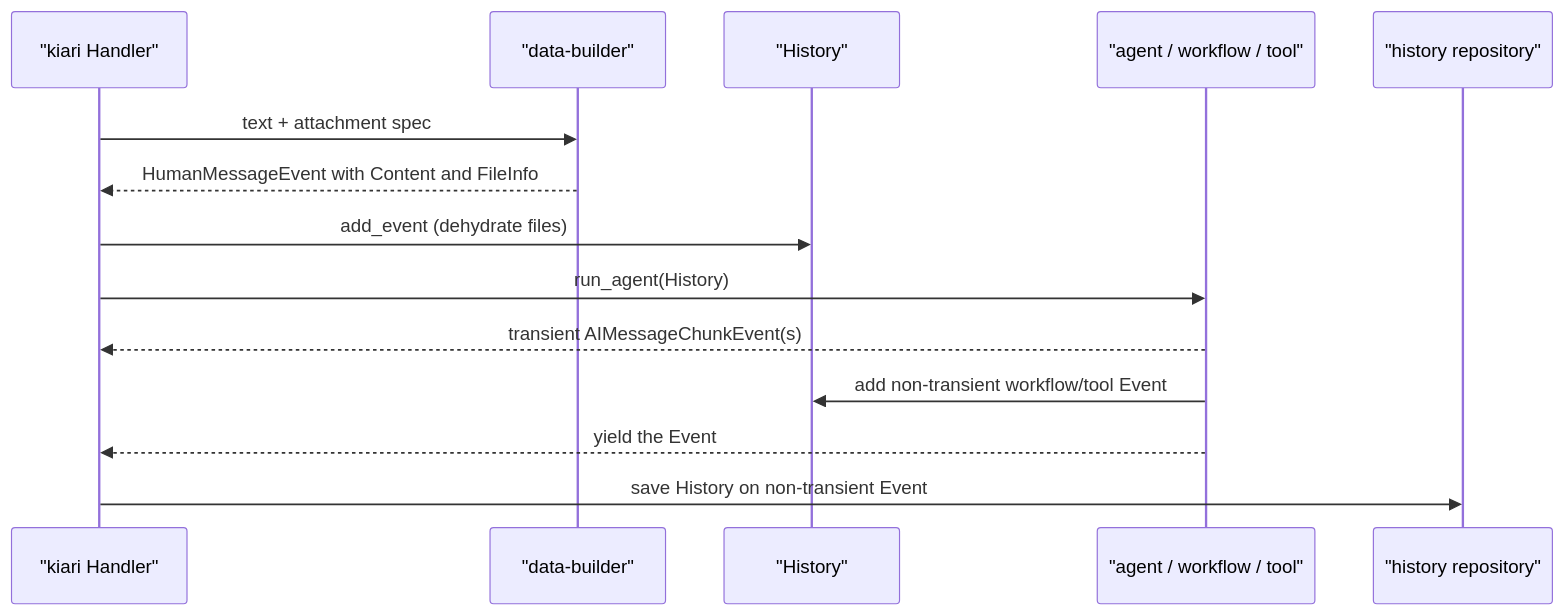
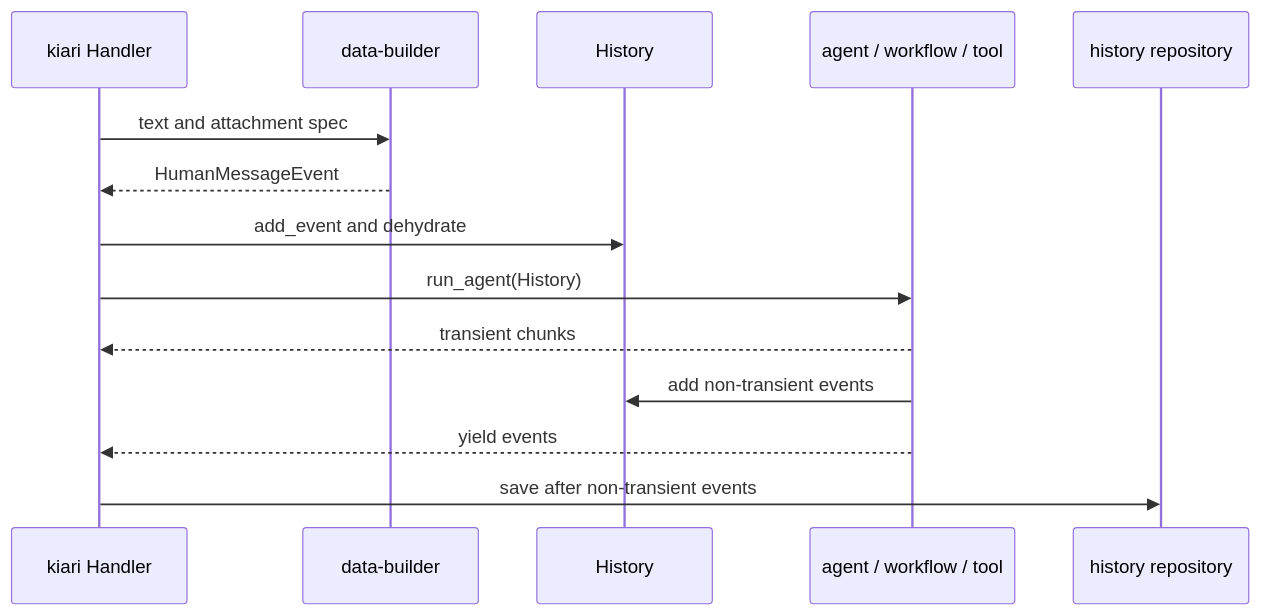
One commit to kiarina/kiari changed the third of 3 diagrams in docs/concepts/kiarina-python/data-model-and-history.md. Above: the diagram before and after it, drawn with Mermaid. The commit also changed other lines of this file and 19 other files, not shown here.

````diff
--- a/docs/concepts/kiarina-python/data-model-and-history.md
+++ b/docs/concepts/kiarina-python/data-model-and-history.md
@@ -193,17 +146,17 @@
 ```mermaid
 sequenceDiagram
-    participant K as "kiari Handler"
-    participant B as "data-builder"
-    participant H as "History"
-    participant A as "agent / workflow / tool"
-    participant R as "history repository"
+    participant K as kiari Handler
+    participant B as data-builder
+    participant H as History
+    participant A as agent / workflow / tool
+    participant R as history repository
 
-    K->>B: text + attachment spec
-    B-->>K: HumanMessageEvent with Content and FileInfo
-    K->>H: add_event (dehydrate files)
+    K->>B: text and attachment spec
+    B-->>K: HumanMessageEvent
+    K->>H: add_event and dehydrate
     K->>A: run_agent(History)
-    A-->>K: transient AIMessageChunkEvent(s)
-    A->>H: add non-transient workflow/tool Event
-    A-->>K: yield the Event
-    K->>R: save History on non-transient Event
+    A-->>K: transient chunks
+    A->>H: add non-transient events
+    A-->>K: yield events
+    K->>R: save after non-transient events
 ```
````
